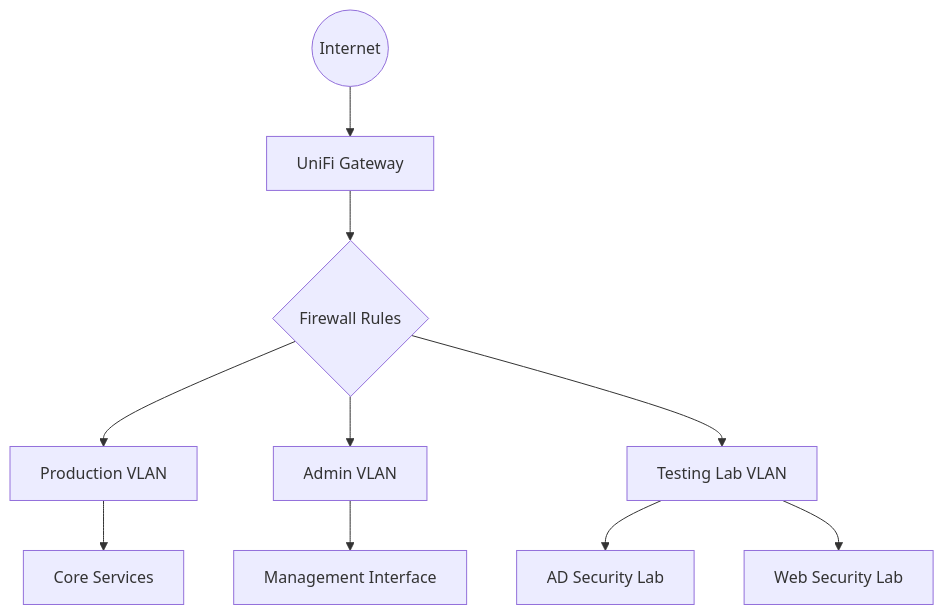
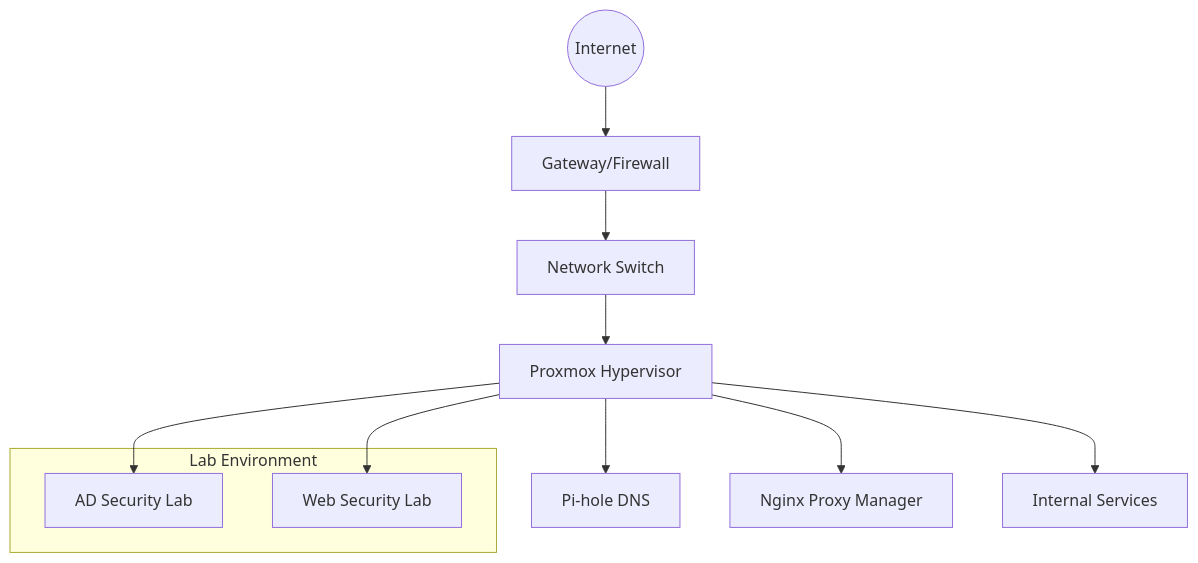
Before and after one commit to mariotorrestech/mariotorrestech.github.io: the diagram in docs/homelab/index.md, drawn with Mermaid. The commit also changed other lines of this file and 6 other files, not shown here.

````diff
--- a/docs/homelab/index.md
+++ b/docs/homelab/index.md
@@ -40,13 +28,18 @@
 ```mermaid
 graph TD
-    INTERNET((Internet)) --> ROUTER[UniFi Gateway]
-    ROUTER --> FW{Firewall Rules}
-    FW --> PROD[Production VLAN]
-    FW --> ADMIN[Admin VLAN]
-    FW --> LAB[Testing Lab VLAN]
-    
-    PROD --> CORE[Core Services]
-    ADMIN --> MGMT[Management Interface]
-    LAB --> ADLAB[AD Security Lab]
-    LAB --> WEBLAB[Web Security Lab]
+    INTERNET((Internet)) --> ROUTER[Gateway/Firewall]
+    ROUTER --> SWITCH[Network Switch]
+    SWITCH --> PROXMOX[Proxmox Hypervisor]
+
+    PROXMOX --> DNS[Pi-hole DNS]
+    PROXMOX --> PROXY[Nginx Proxy Manager]
+    PROXMOX --> SERVICES[Internal Services]
+
+    subgraph Lab Environment
+        ADLAB[AD Security Lab]
+        WEBLAB[Web Security Lab]
+    end
+
+    PROXMOX --> ADLAB
+    PROXMOX --> WEBLAB
 ```
````
